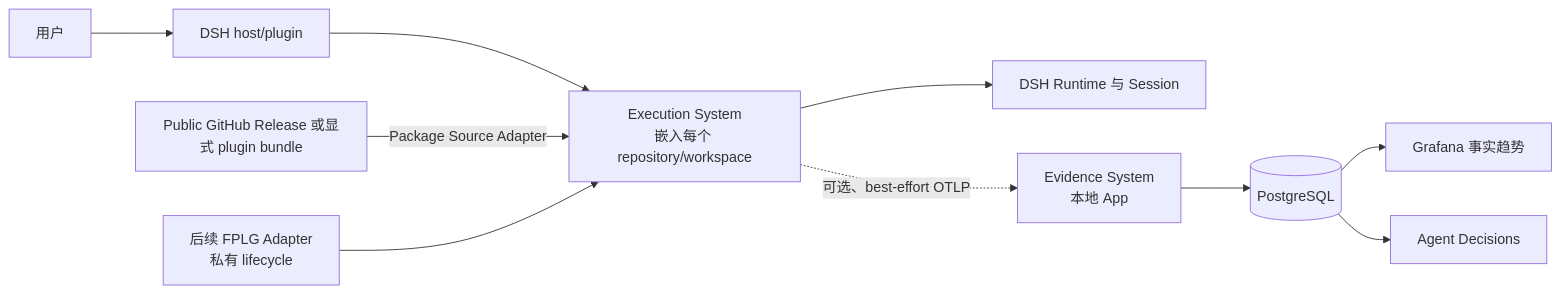
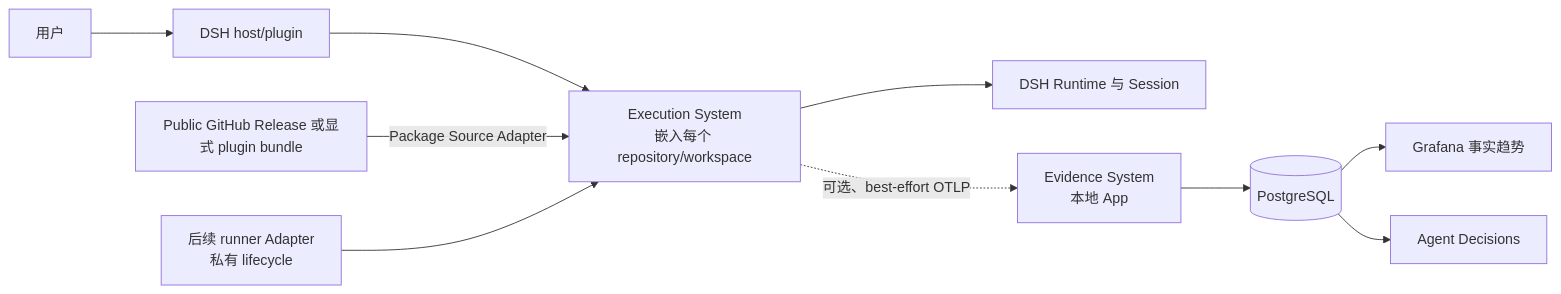
The diagram in docs/agent-architecture.zh-CN.md (firestige/workflow-self-recursive), drawn with Mermaid before and after one commit. The commit also changed other lines of this file and 14 other files, not shown here.

First line of the commit message:
docs: rename FPLG → runner and Agent Ops Ledger → workflow-self-recursive

````diff
--- a/docs/agent-architecture.zh-CN.md
+++ b/docs/agent-architecture.zh-CN.md
@@ -44,12 +44,12 @@
 ```mermaid
 flowchart LR
     U["用户"] --> H["DSH host/plugin"]
     H --> X["Execution System<br/>嵌入每个 repository/workspace"]
     S["Public GitHub Release 或显式 plugin bundle"] -->|"Package Source Adapter"| X
     X --> R["DSH Runtime 与 Session"]
     X -. "可选、best-effort OTLP" .-> E["Evidence System<br/>本地 App"]
     E --> P[("PostgreSQL")]
     P --> G["Grafana 事实趋势"]
     P --> A["Agent Decisions"]
-    F["后续 FPLG Adapter<br/>私有 lifecycle"] --> X
+    F["后续 runner Adapter<br/>私有 lifecycle"] --> X
 ```
````
